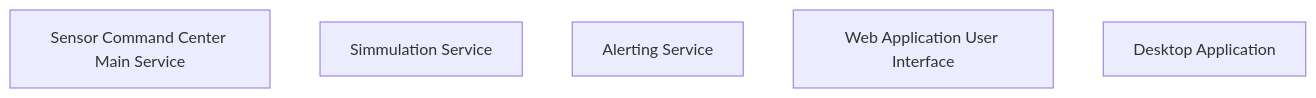
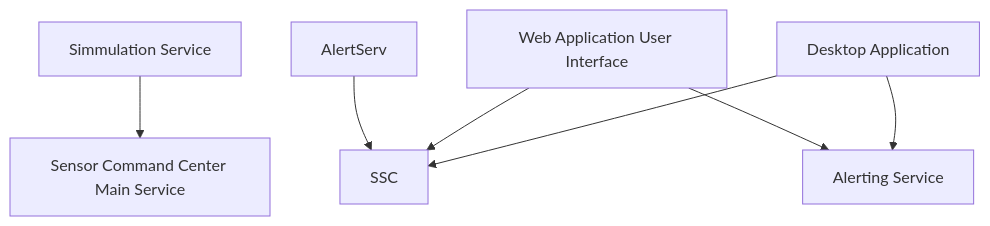
The diagram in Documentation/Service_Structure.md (CharisGrubb/SensorCommandCenter), drawn with Mermaid before and after one commit.

Commit message:
added connections

````diff
--- a/Documentation/Service_Structure.md
+++ b/Documentation/Service_Structure.md
@@ -4,16 +4,24 @@
 ```mermaid
 
 
 flowchart TD
 
 
 
-
+    SimServ[Simmulation Service]
     SCC[Sensor Command Center Main Service]
-    SimServ[Simmulation Service]
+  
     AlertServe[Alerting Service]
     webUI[Web Application User Interface]
     desktopApp[Desktop Application]
 
+    SimServ --> SCC
+    AlertServ --> SSC
+    
+    webUI --> SSC
+    webUI --> AlertServe
 
+    desktopApp --> SSC
+    desktopApp --> AlertServe
+    
 ```
````
